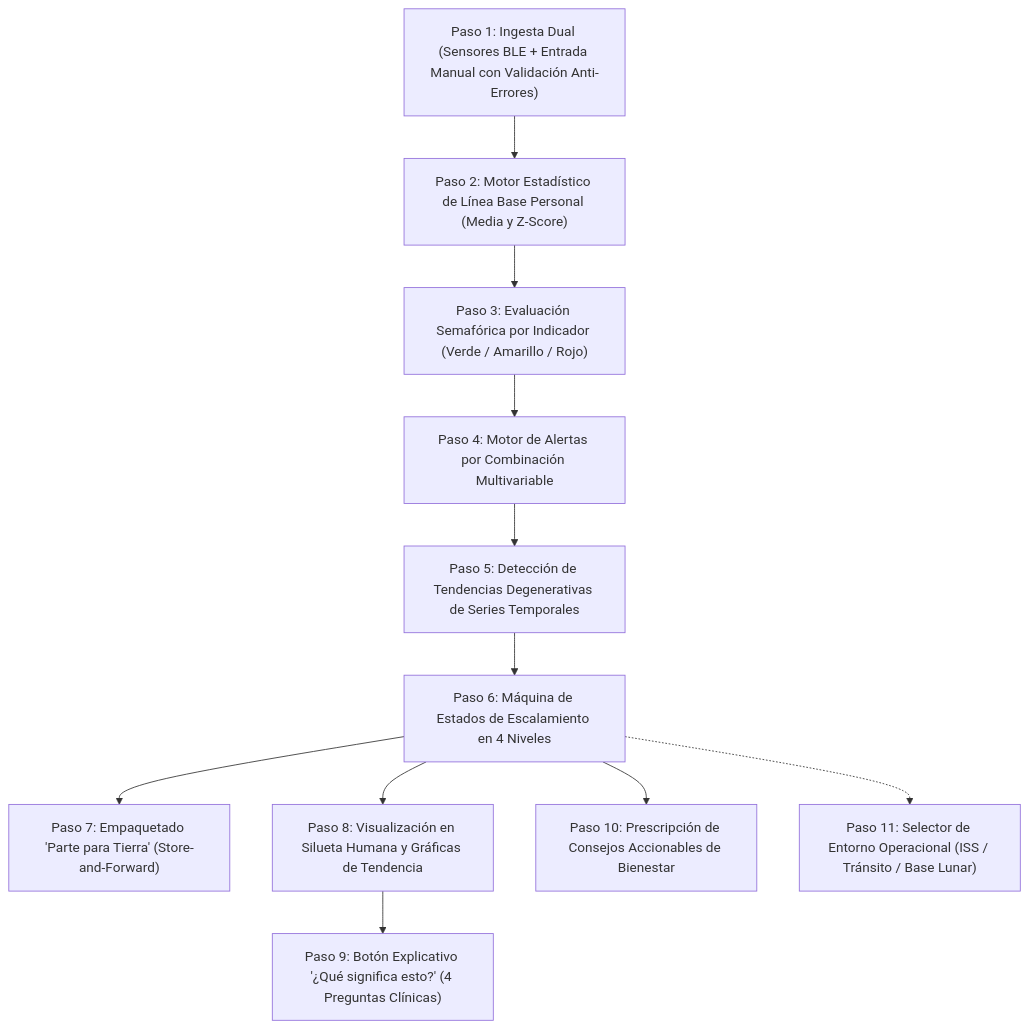
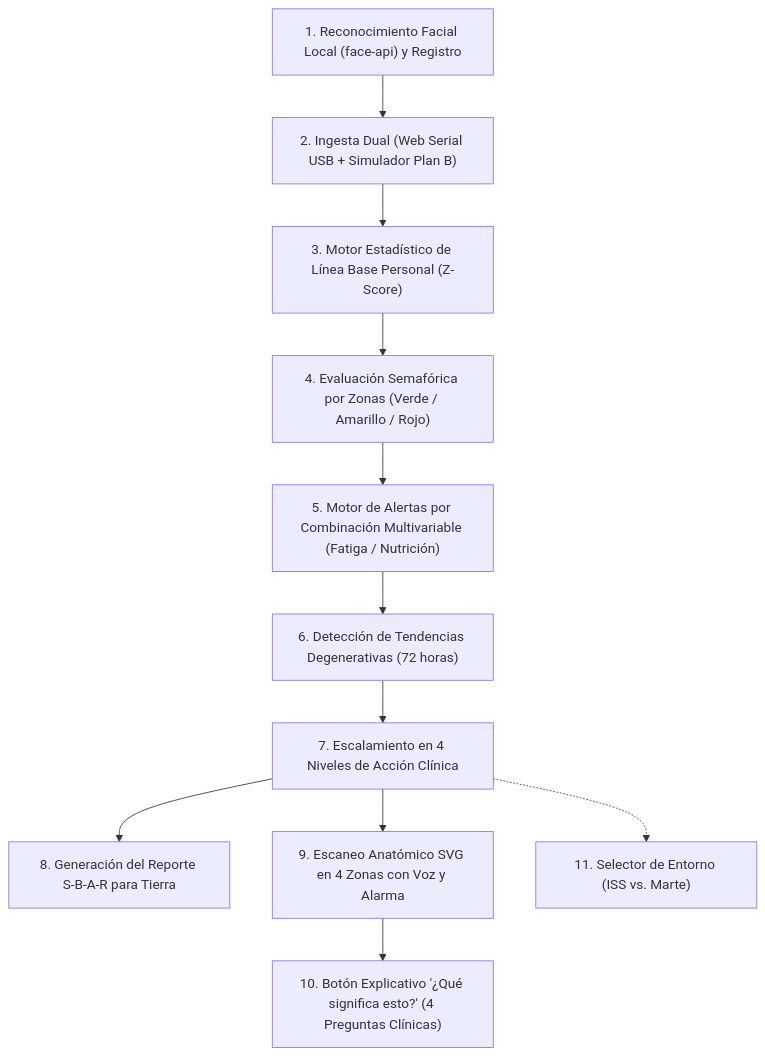
Before and after one commit to ErickFP7314/synera-spaceapps: the diagram in README.md, drawn with Mermaid. The commit also changed other lines of this file and 9 other files, not shown here.

````diff
--- a/README.md
+++ b/README.md
@@ -96,13 +95,13 @@
 ```mermaid
 flowchart TD
-    P1["Paso 1: Ingesta Dual (Sensores BLE + Entrada Manual con Validación Anti-Errores)"] --> P2["Paso 2: Motor Estadístico de Línea Base Personal (Media y Z-Score)"]
-    P2 --> P3["Paso 3: Evaluación Semafórica por Indicador (Verde / Amarillo / Rojo)"]
-    P3 --> P4["Paso 4: Motor de Alertas por Combinación Multivariable"]
-    P4 --> P5["Paso 5: Detección de Tendencias Degenerativas de Series Temporales"]
-    P5 --> P6["Paso 6: Máquina de Estados de Escalamiento en 4 Niveles"]
-    P6 --> P7["Paso 7: Empaquetado 'Parte para Tierra' (Store-and-Forward)"]
-    P6 --> P8["Paso 8: Visualización en Silueta Humana y Gráficas de Tendencia"]
-    P8 --> P9["Paso 9: Botón Explicativo '¿Qué significa esto?' (4 Preguntas Clínicas)"]
-    P6 --> P10["Paso 10: Prescripción de Consejos Accionables de Bienestar"]
-    P6 -.-> P11["Paso 11: Selector de Entorno Operacional (ISS / Tránsito / Base Lunar)"]
+    P1["1. Reconocimiento Facial Local (face-api) y Registro"] --> P2["2. Ingesta Dual (Web Serial USB + Simulador Plan B)"]
+    P2 --> P3["3. Motor Estadístico de Línea Base Personal (Z-Score)"]
+    P3 --> P4["4. Evaluación Semafórica por Zonas (Verde / Amarillo / Rojo)"]
+    P4 --> P5["5. Motor de Alertas por Combinación Multivariable (Fatiga / Nutrición)"]
+    P5 --> P6["6. Detección de Tendencias Degenerativas (72 horas)"]
+    P6 --> P7["7. Escalamiento en 4 Niveles de Acción Clínica"]
+    P7 --> P8["8. Generación del Reporte S-B-A-R para Tierra"]
+    P7 --> P9["9. Escaneo Anatómico SVG en 4 Zonas con Voz y Alarma"]
+    P9 --> P10["10. Botón Explicativo '¿Qué significa esto?' (4 Preguntas Clínicas)"]
+    P7 -.-> P11["11. Selector de Entorno (ISS vs. Marte)"]
 ```
````
